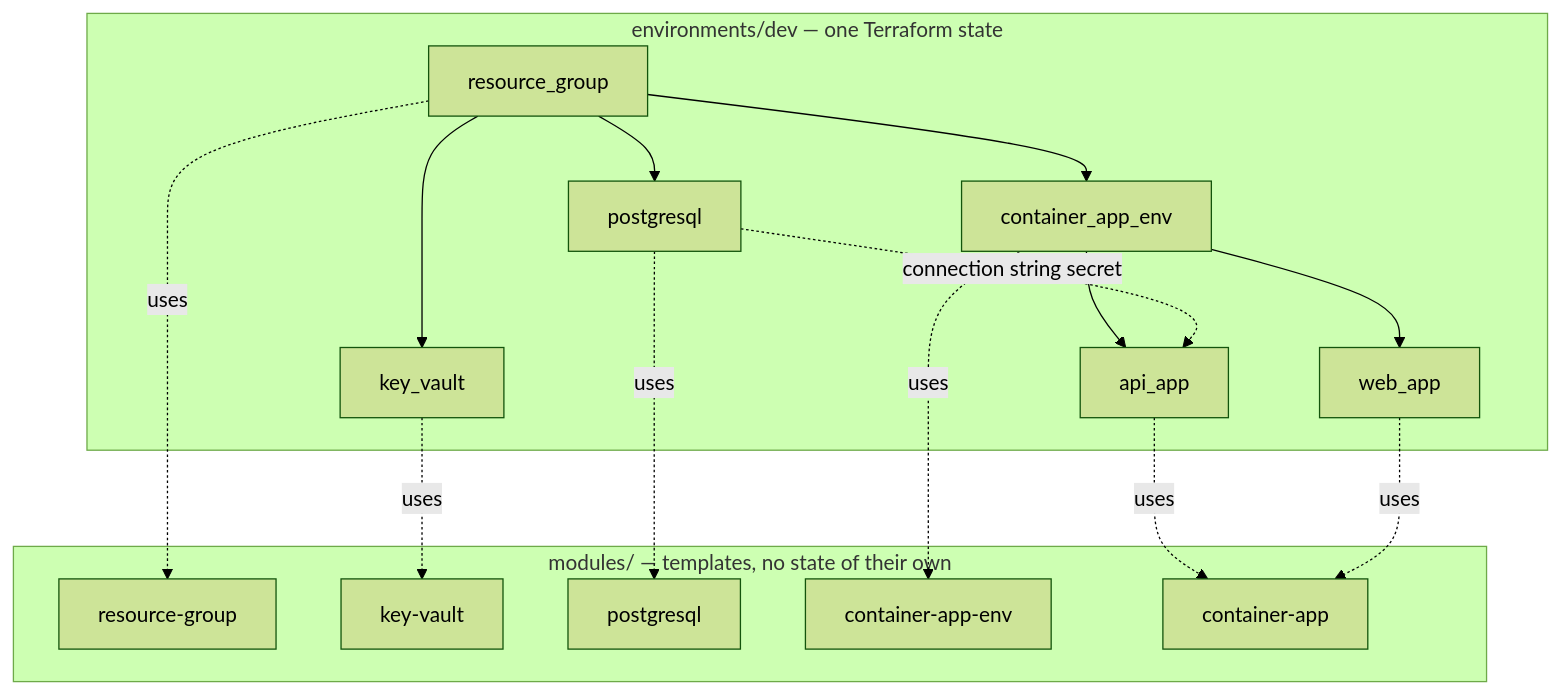
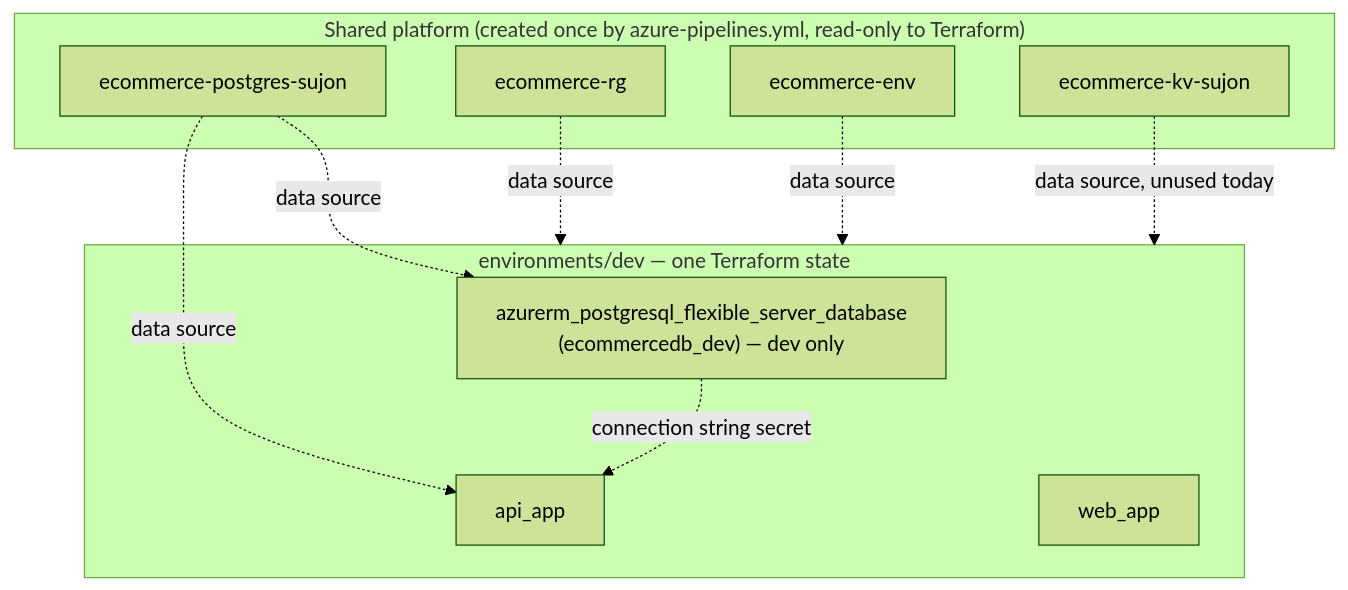
One commit to RI-Sujon/AI-Powered_E-Commerce_Platform changed the second of 3 diagrams in terraform/README.md. Above: the diagram before and after it, drawn with Mermaid (forest theme). The commit also changed other lines of this file and 17 other files, not shown here.

````diff
--- a/terraform/README.md
+++ b/terraform/README.md
@@ -64,30 +89,20 @@
 ```mermaid
 flowchart TB
-    subgraph environments/dev [environments/dev — one Terraform state]
-        rg1[resource_group]
-        kv1[key_vault]
-        pg1[postgresql]
-        cae1[container_app_env]
+    subgraph Shared ["Shared platform (created once by azure-pipelines.yml, read-only to Terraform)"]
+        srg["ecommerce-rg"]
+        scae["ecommerce-env"]
+        spg["ecommerce-postgres-sujon"]
+        skv["ecommerce-kv-sujon"]
+    end
+    subgraph environments/dev ["environments/dev — one Terraform state"]
+        db1["azurerm_postgresql_flexible_server_database\n(ecommercedb_dev) — dev only"]
         api1[api_app]
         web1[web_app]
-        rg1 --> kv1
-        rg1 --> pg1
-        rg1 --> cae1
-        cae1 --> api1
-        cae1 --> web1
-        pg1 -. connection string secret .-> api1
     end
-    subgraph modules [modules/ — templates, no state of their own]
-        m1[resource-group]
-        m2[key-vault]
-        m3[postgresql]
-        m4[container-app-env]
-        m5[container-app]
-    end
-    rg1 -.uses.-> m1
-    kv1 -.uses.-> m2
-    pg1 -.uses.-> m3
-    cae1 -.uses.-> m4
-    api1 -.uses.-> m5
-    web1 -.uses.-> m5
+    srg -. data source .-> environments/dev
+    scae -. data source .-> environments/dev
+    spg -. data source .-> db1
+    spg -. data source .-> api1
+    skv -. data source, unused today .-> environments/dev
+    db1 -. connection string secret .-> api1
 ```
````
